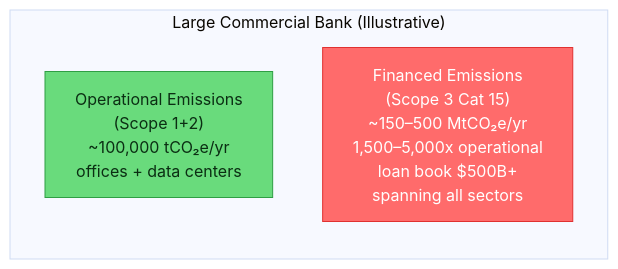
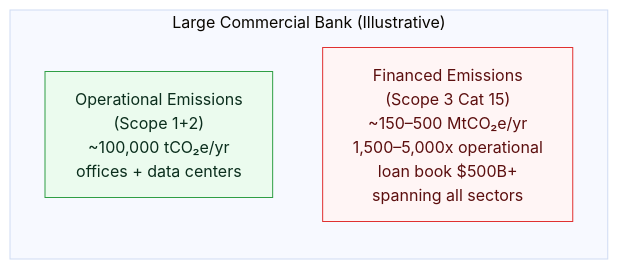
The fifth of 9 diagrams in docs/03_industry_case_studies.md (co3org/Scope3-Challenge), drawn with Mermaid (base theme) before and after one commit. The commit also changed other lines of this file and 11 other files, not shown here.

First line of the commit message:
Soft diagram palette and trim text-wall node labels

````diff
--- a/docs/03_industry_case_studies.md
+++ b/docs/03_industry_case_studies.md
@@ -258,13 +258,13 @@
 ```mermaid
     flowchart LR
-    classDef good fill:#69db7c,stroke:#2f9e44,color:#0b2e13;
-    classDef bad fill:#ff6b6b,stroke:#e03131,color:#fff;
+    classDef good fill:#ebfbee,stroke:#2f9e44,color:#0b2e1d;
+    classDef bad fill:#fff5f5,stroke:#e03131,color:#5c0f0f;
 
     subgraph Bank["Large Commercial Bank (Illustrative)"]
         Ops["Operational Emissions\n(Scope 1+2)\n~100,000 tCO₂e/yr\noffices + data centers"]
         Cat15["Financed Emissions\n(Scope 3 Cat 15)\n~150–500 MtCO₂e/yr\n1,500–5,000x operational\nloan book $500B+\nspanning all sectors"]
     end
 
     class Ops good;
     class Cat15 bad;
 ```
````
